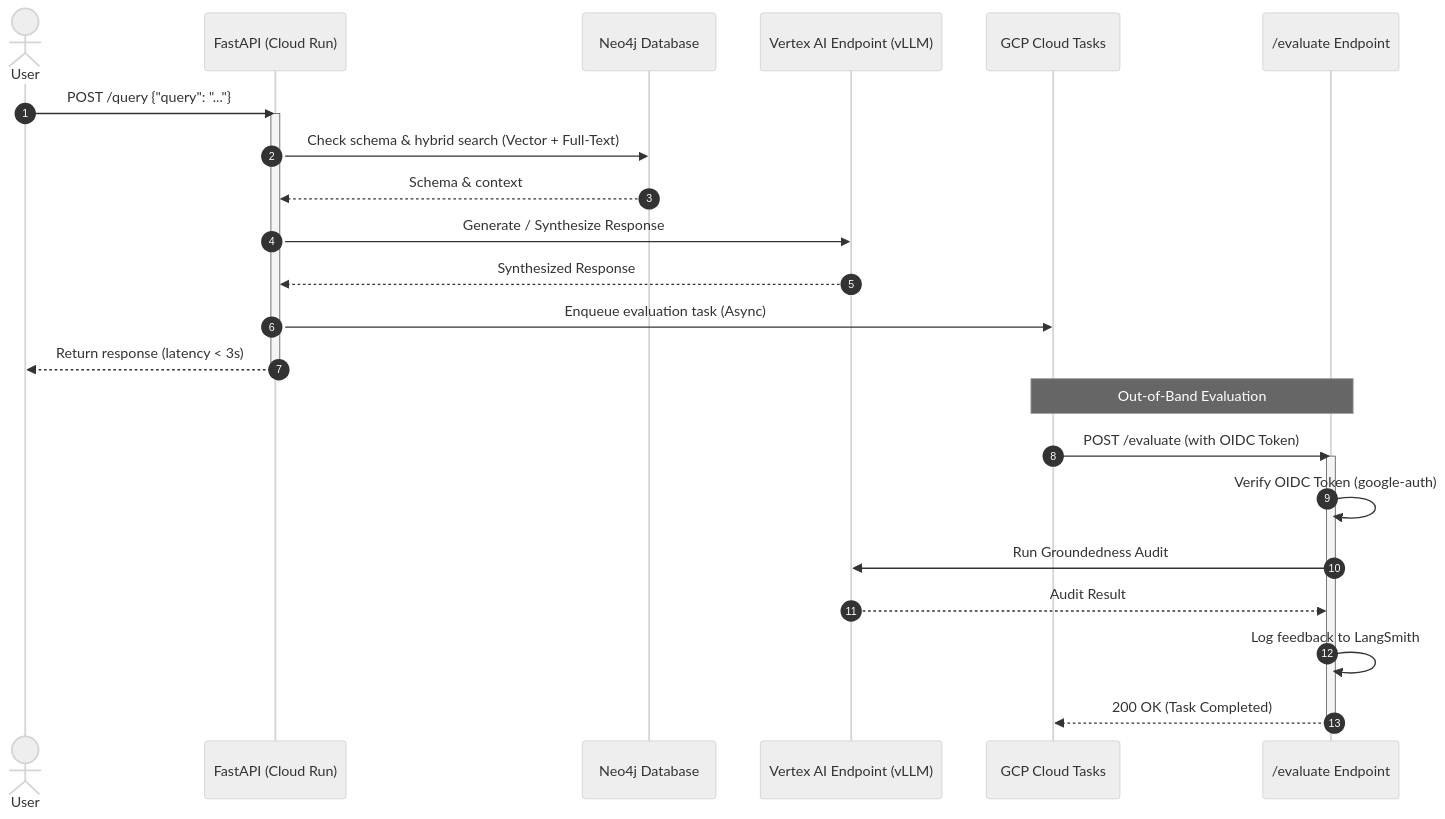
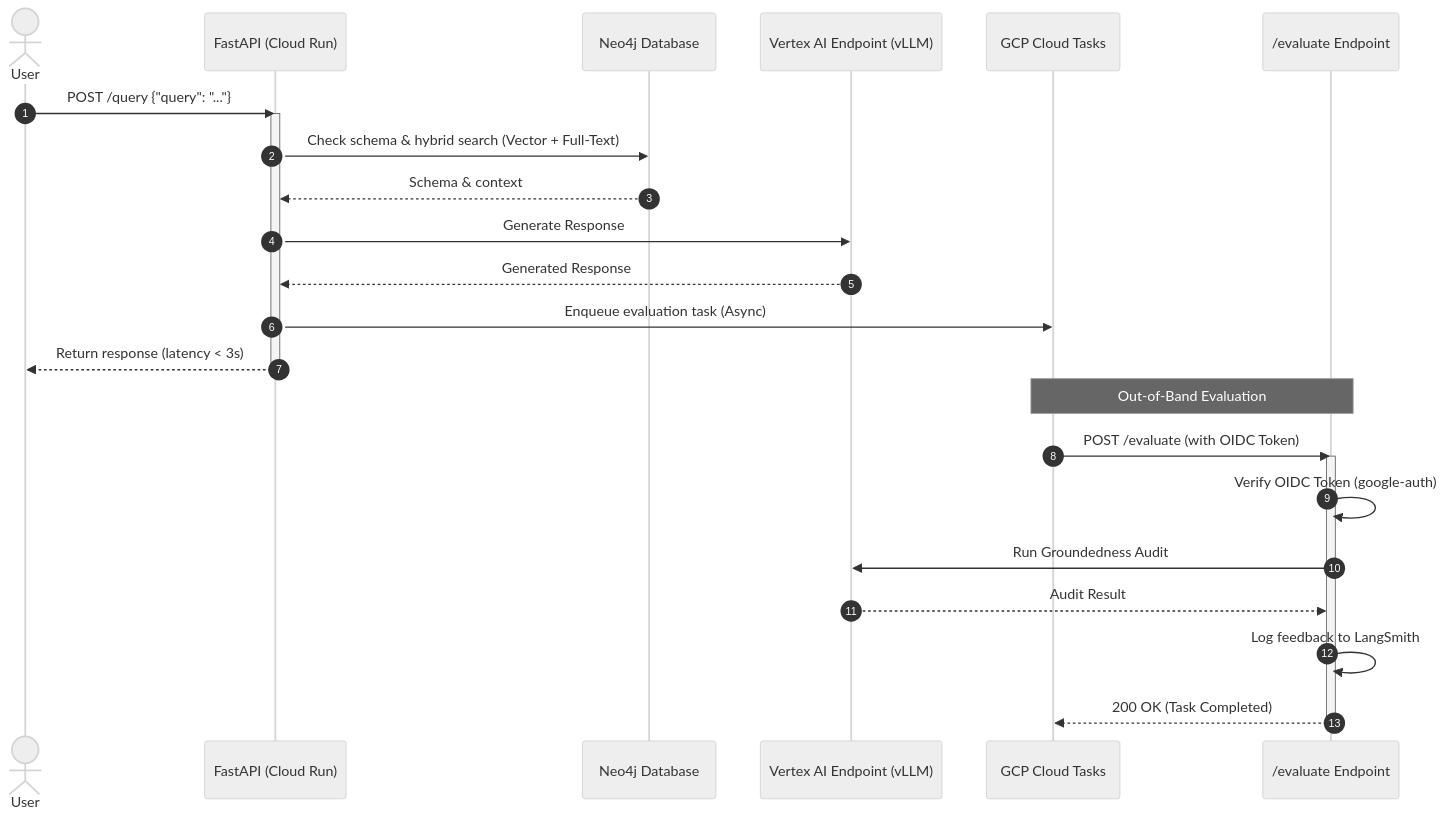
Before and after one commit to bandham-manikanta/ontology-discovery-agent: the diagram in README.md, drawn with Mermaid (neutral theme).

Commit message:
docs: rename step 4 label to Generate Response in architecture diagram

````diff
--- a/README.md
+++ b/README.md
@@ -11,30 +11,30 @@
 ```mermaid
 sequenceDiagram
     autonumber
     actor User
     participant App as FastAPI (Cloud Run)
     participant DB as Neo4j Database
     participant Vertex as Vertex AI Endpoint (vLLM)
     participant Tasks as GCP Cloud Tasks
     participant Worker as /evaluate Endpoint
 
     User->>App: POST /query {"query": "..."}
     activate App
     App->>DB: Check schema & hybrid search (Vector + Full-Text)
     DB-->>App: Schema & context
-    App->>Vertex: Generate / Synthesize Response
-    Vertex-->>App: Synthesized Response
+    App->>Vertex: Generate Response
+    Vertex-->>App: Generated Response
     App->>Tasks: Enqueue evaluation task (Async)
     App-->>User: Return response (latency < 3s)
     deactivate App
 
     Note over Tasks, Worker: Out-of-Band Evaluation
     Tasks->>Worker: POST /evaluate (with OIDC Token)
     activate Worker
     Worker->>Worker: Verify OIDC Token (google-auth)
     Worker->>Vertex: Run Groundedness Audit
     Vertex-->>Worker: Audit Result
     Worker->>Worker: Log feedback to LangSmith
     Worker-->>Tasks: 200 OK (Task Completed)
     deactivate Worker
 ```
````
